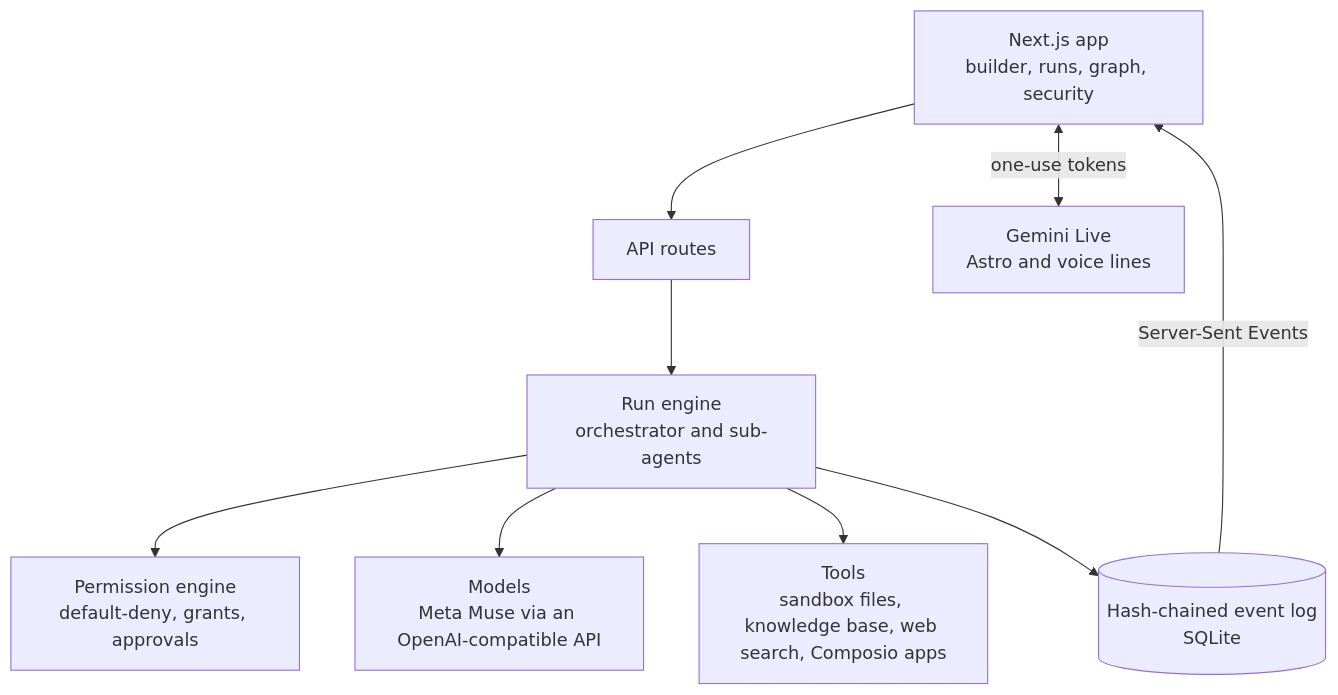
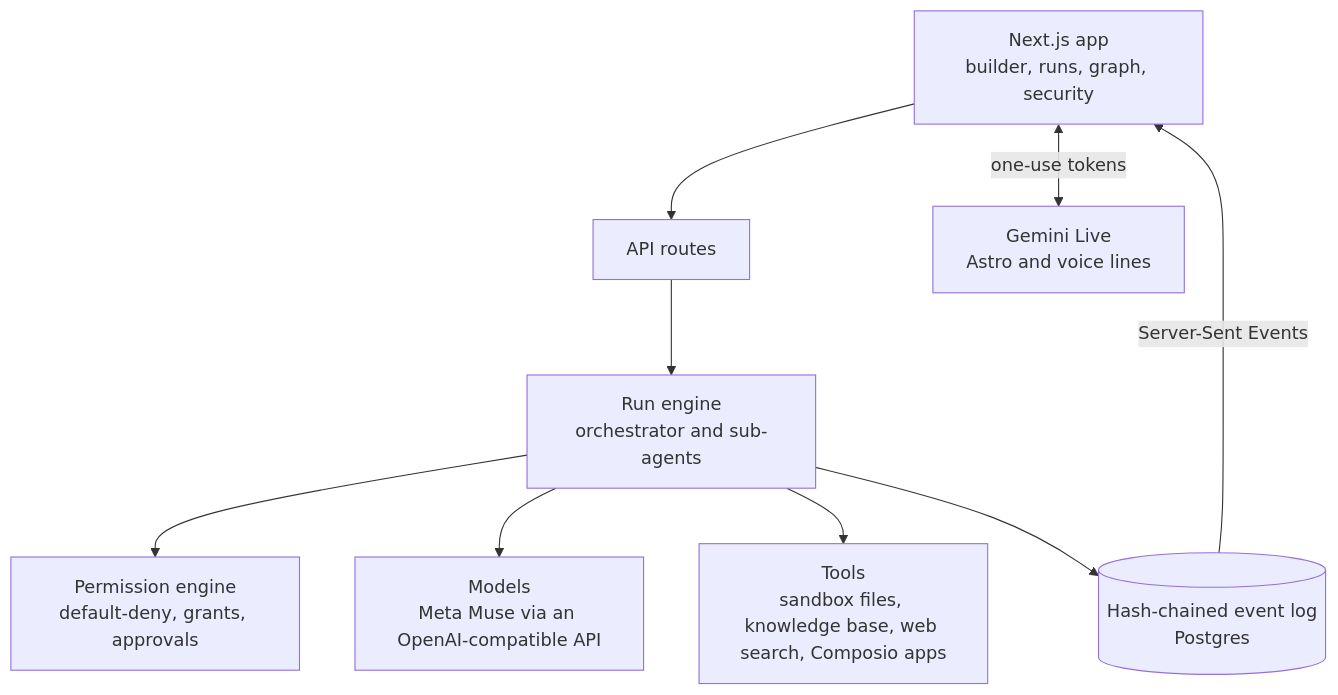
The second of 2 diagrams in README.md (IEXDevs/HACKTX26), drawn with Mermaid before and after one commit. The commit also changed other lines of this file and 117 other files, not shown here.

````diff
--- a/README.md
+++ b/README.md
@@ -65,11 +65,11 @@
 ```mermaid
 flowchart TB
     UI["Next.js app<br/>builder, runs, graph, security"] --> API["API routes"]
     API --> ENG["Run engine<br/>orchestrator and sub-agents"]
     ENG --> POL["Permission engine<br/>default-deny, grants, approvals"]
     ENG --> MODELS["Models<br/>Meta Muse via an OpenAI-compatible API"]
     ENG --> TOOLS["Tools<br/>sandbox files, knowledge base, web search, Composio apps"]
-    ENG --> LOG[("Hash-chained event log<br/>SQLite")]
+    ENG --> LOG[("Hash-chained event log<br/>Postgres")]
     LOG -->|Server-Sent Events| UI
     UI <-->|"one-use tokens"| LIVE["Gemini Live<br/>Astro and voice lines"]
 ```
````
